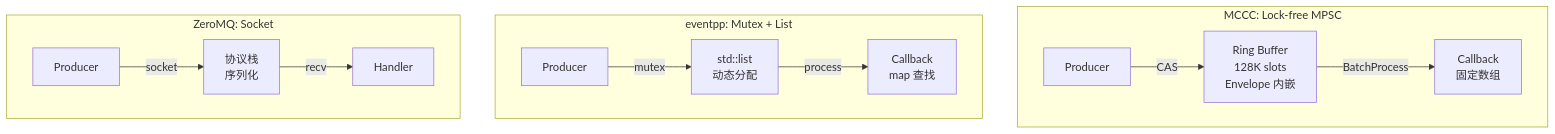
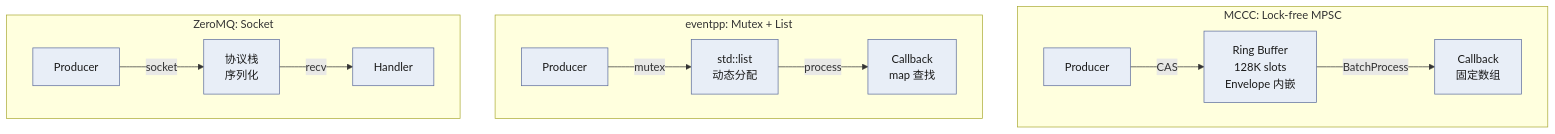
The third of 3 diagrams in content/posts/performance/message_bus_competitive_benchmark.md (DeguiLiu/tech-notes), drawn with Mermaid before and after one commit. The commit also changed other lines of this file and 20 other files, not shown here.

First line of the commit message:
story-docs(blog): de-AI performance posts and color bus diagrams

````diff
--- a/content/posts/performance/message_bus_competitive_benchmark.md
+++ b/content/posts/performance/message_bus_competitive_benchmark.md
@@ -232,20 +232,23 @@
 ```mermaid
 flowchart TB
+    classDef box fill:#e8eef7,stroke:#5b6b9c,color:#1a1a1a
     subgraph MCCC["MCCC: Lock-free MPSC"]
         direction LR
         P1["Producer"] -->|CAS| RB["Ring Buffer\n128K slots\nEnvelope 内嵌"]
         RB -->|"BatchProcess"| CB["Callback\n固定数组"]
     end
 
     subgraph EPP["eventpp: Mutex + List"]
         direction LR
         P2["Producer"] -->|mutex| LIST["std::list\n动态分配"]
         LIST -->|"process"| CB2["Callback\nmap 查找"]
     end
 
     subgraph ZMQ["ZeroMQ: Socket"]
         direction LR
         P3["Producer"] -->|socket| PROTO["协议栈\n序列化"]
         PROTO -->|"recv"| CB3["Handler"]
     end
+
+    class P1,RB,CB,P2,LIST,CB2,P3,PROTO,CB3 box
 ```
````
